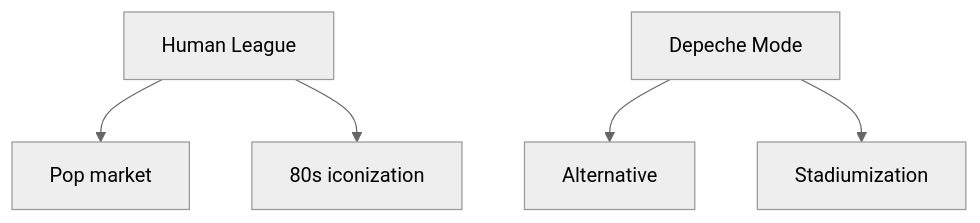
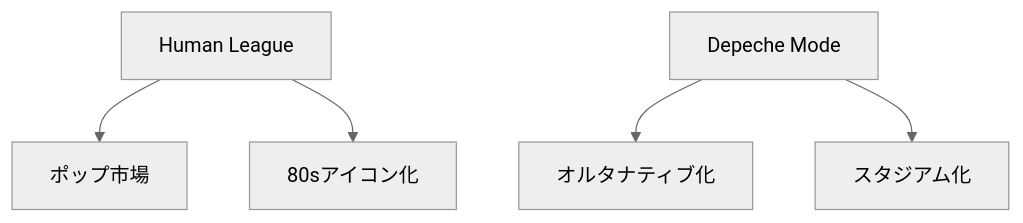
The fifth of 5 diagrams in en/_posts/2026-07-05-column-depache-mode-human-league.md (monumental-movement/monumental-movement.github.io), drawn with Mermaid (neutral theme) before and after one commit. The commit also changed other lines of this file and 2196 other files, not shown here.

```diff
--- a/en/_posts/2026-07-05-column-depache-mode-human-league.md
+++ b/en/_posts/2026-07-05-column-depache-mode-human-league.md
@@ -190,9 +189,9 @@
 <div class="mermaid">
 graph TD
-A["Human League"] --> A1["Pop market"]
-A --> A2["80s iconization"]
+A["Human League"] --> A1["ポップ市場"]
+A --> A2["80sアイコン化"]
 
-B["Depeche Mode"] --> B1["Alternative"]
-B --> B2["Stadiumization"]
+B["Depeche Mode"] --> B1["オルタナティブ化"]
+B --> B2["スタジアム化"]
 
 </div>
```
